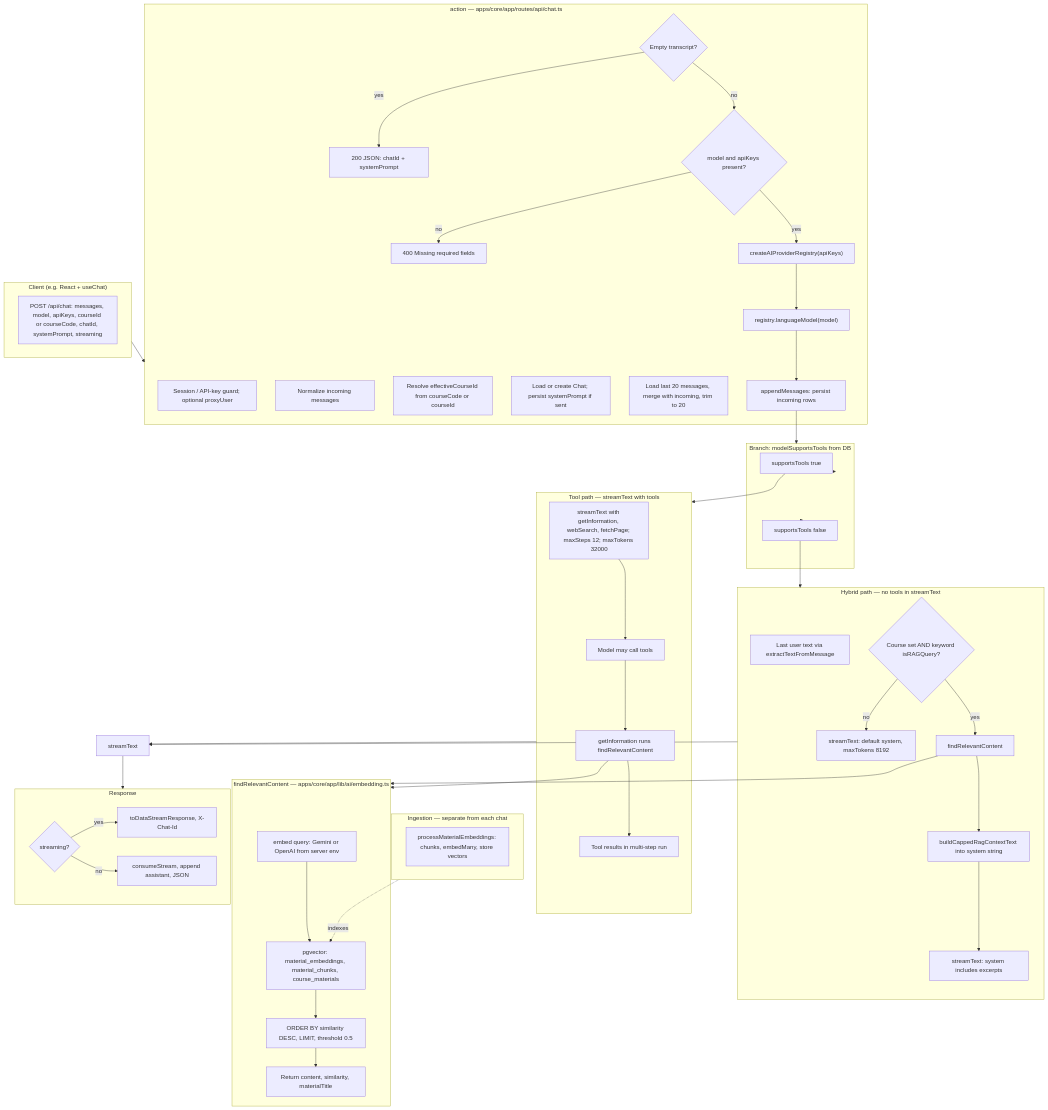
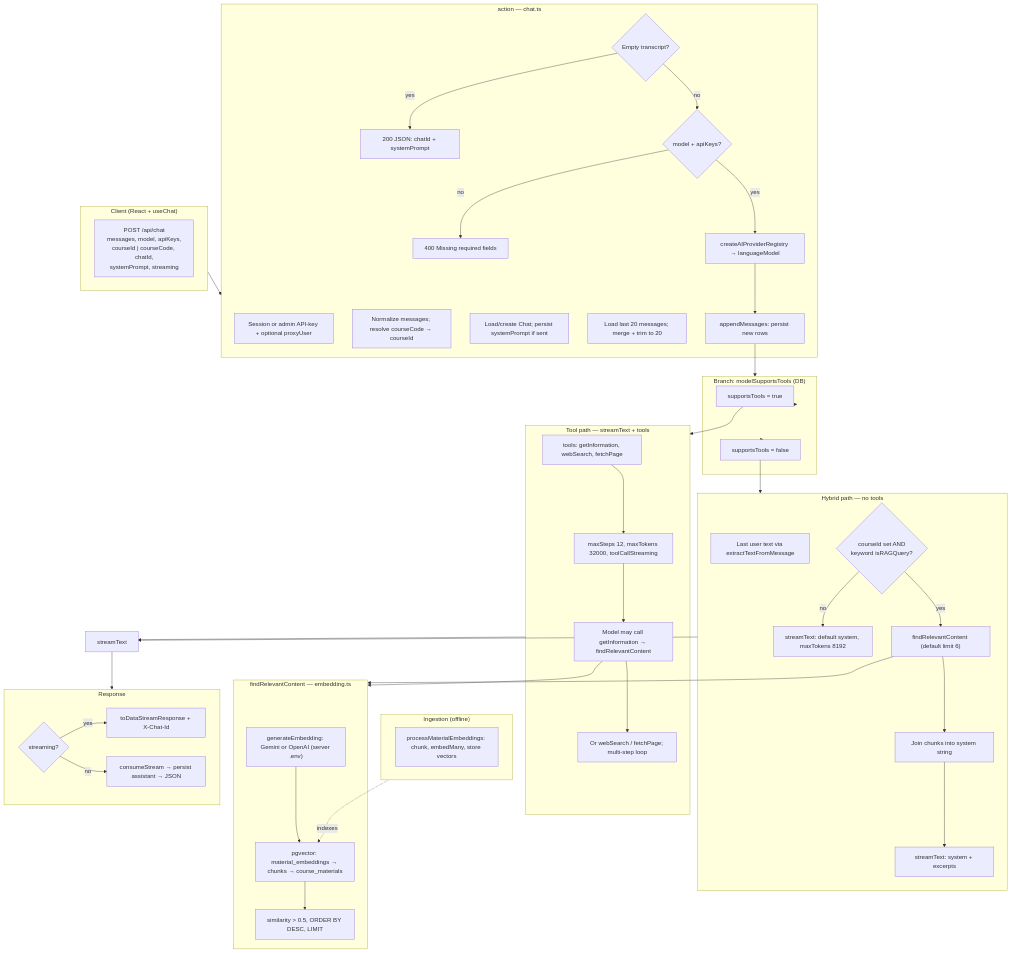
Before and after one commit to EduAI-Lab/EduAI: the diagram in docs/implementations/RAG-AI/chat-rag-pipeline.md, drawn with Mermaid. The commit also changed other lines of this file and 8 other files, not shown here.

````diff
--- a/docs/implementations/RAG-AI/chat-rag-pipeline.md
+++ b/docs/implementations/RAG-AI/chat-rag-pipeline.md
@@ -9,75 +9,70 @@
 ```mermaid
 flowchart TB
-  subgraph client["Client (e.g. React + useChat)"]
-    C1["POST /api/chat: messages, model, apiKeys, courseId or courseCode, chatId, systemPrompt, streaming"]
+  subgraph client["Client (React + useChat)"]
+    C1["POST /api/chat<br/>messages, model, apiKeys,<br/>courseId | courseCode, chatId,<br/>systemPrompt, streaming"]
   end
 
-  subgraph entry["action — apps/core/app/routes/api/chat.ts"]
-    A1["Session / API-key guard; optional proxyUser"]
-    A2["Normalize incoming messages"]
-    A3["Resolve effectiveCourseId from courseCode or courseId"]
-    A4["Load or create Chat; persist systemPrompt if sent"]
-    A5["Load last 20 messages, merge with incoming, trim to 20"]
-    A6{"Empty transcript?"}
-    A6 -->|yes| A7["200 JSON: chatId + systemPrompt"]
-    A6 -->|no| A8{"model and apiKeys present?"}
-    A8 -->|no| A9["400 Missing required fields"]
-    A8 -->|yes| A10["createAIProviderRegistry(apiKeys)"]
-    A11["registry.languageModel(model)"]
-    A12["appendMessages: persist incoming rows"]
+  subgraph entry["action — chat.ts"]
+    A1["Session or admin API-key + optional proxyUser"]
+    A2["Normalize messages; resolve courseCode → courseId"]
+    A3["Load/create Chat; persist systemPrompt if sent"]
+    A4["Load last 20 messages; merge + trim to 20"]
+    A5{"Empty transcript?"}
+    A5 -->|yes| A6["200 JSON: chatId + systemPrompt"]
+    A5 -->|no| A7{"model + apiKeys?"}
+    A7 -->|no| A8["400 Missing required fields"]
+    A7 -->|yes| A9["createAIProviderRegistry → languageModel"]
+    A10["appendMessages: persist new rows"]
   end
 
-  subgraph branch["Branch: modelSupportsTools from DB"]
-    B1["supportsTools true"]
-    B2["supportsTools false"]
+  subgraph branch["Branch: modelSupportsTools (DB)"]
+    B1["supportsTools = true"]
+    B2["supportsTools = false"]
   end
 
-  subgraph hybrid["Hybrid path — no tools in streamText"]
+  subgraph hybrid["Hybrid path — no tools"]
     H1["Last user text via extractTextFromMessage"]
-    H2{"Course set AND keyword isRAGQuery?"}
+    H2{"courseId set AND<br/>keyword isRAGQuery?"}
     H2 -->|no| H3["streamText: default system, maxTokens 8192"]
-    H2 -->|yes| H4["findRelevantContent"]
-    H5["buildCappedRagContextText into system string"]
-    H6["streamText: system includes excerpts"]
+    H2 -->|yes| H4["findRelevantContent (default limit 6)"]
+    H5["Join chunks into system string"]
+    H6["streamText: system + excerpts"]
     H4 --> H5 --> H6
   end
 
-  subgraph toolpath["Tool path — streamText with tools"]
-    P1["streamText with getInformation, webSearch, fetchPage; maxSteps 12; maxTokens 32000"]
-    P2["Model may call tools"]
-    P3["getInformation runs findRelevantContent"]
-    P4["Tool results in multi-step run"]
+  subgraph toolpath["Tool path — streamText + tools"]
+    P1["tools: getInformation, webSearch, fetchPage"]
+    P2["maxSteps 12, maxTokens 32000, toolCallStreaming"]
+    P3["Model may call getInformation → findRelevantContent"]
+    P4["Or webSearch / fetchPage; multi-step loop"]
     P1 --> P2 --> P3 --> P4
   end
 
-  subgraph ragcore["findRelevantContent — apps/core/app/lib/ai/embedding.ts"]
-    R1["embed query: Gemini or OpenAI from server env"]
-    R2["pgvector: material_embeddings, material_chunks, course_materials"]
-    R3["ORDER BY similarity DESC, LIMIT, threshold 0.5"]
-    R4["Return content, similarity, materialTitle"]
-    R1 --> R2 --> R3 --> R4
+  subgraph ragcore["findRelevantContent — embedding.ts"]
+    R1["generateEmbedding: Gemini or OpenAI (server .env)"]
+    R2["pgvector: material_embeddings → chunks → course_materials"]
+    R3["similarity > 0.5, ORDER BY DESC, LIMIT"]
+    R1 --> R2 --> R3
   end
 
-  subgraph ingest["Ingestion — separate from each chat"]
-    I1["processMaterialEmbeddings: chunks, embedMany, store vectors"]
+  subgraph ingest["Ingestion (offline)"]
+    I1["processMaterialEmbeddings: chunk, embedMany, store vectors"]
   end
 
   subgraph out["Response"]
     O1{"streaming?"}
-    O1 -->|yes| O2["toDataStreamResponse, X-Chat-Id"]
-    O1 -->|no| O3["consumeStream, append assistant, JSON"]
+    O1 -->|yes| O2["toDataStreamResponse + X-Chat-Id"]
+    O1 -->|no| O3["consumeStream → persist assistant → JSON"]
   end
 
   client --> entry
-  A10 --> A11 --> A12 --> branch
+  A9 --> A10 --> branch
   branch --> B1 --> toolpath
   branch --> B2 --> hybrid
-
   H4 --> ragcore
   P3 --> ragcore
   ingest -.->|"indexes"| R2
-
   hybrid --> ST["streamText"]
   toolpath --> ST
   ST --> out
 ```
````
